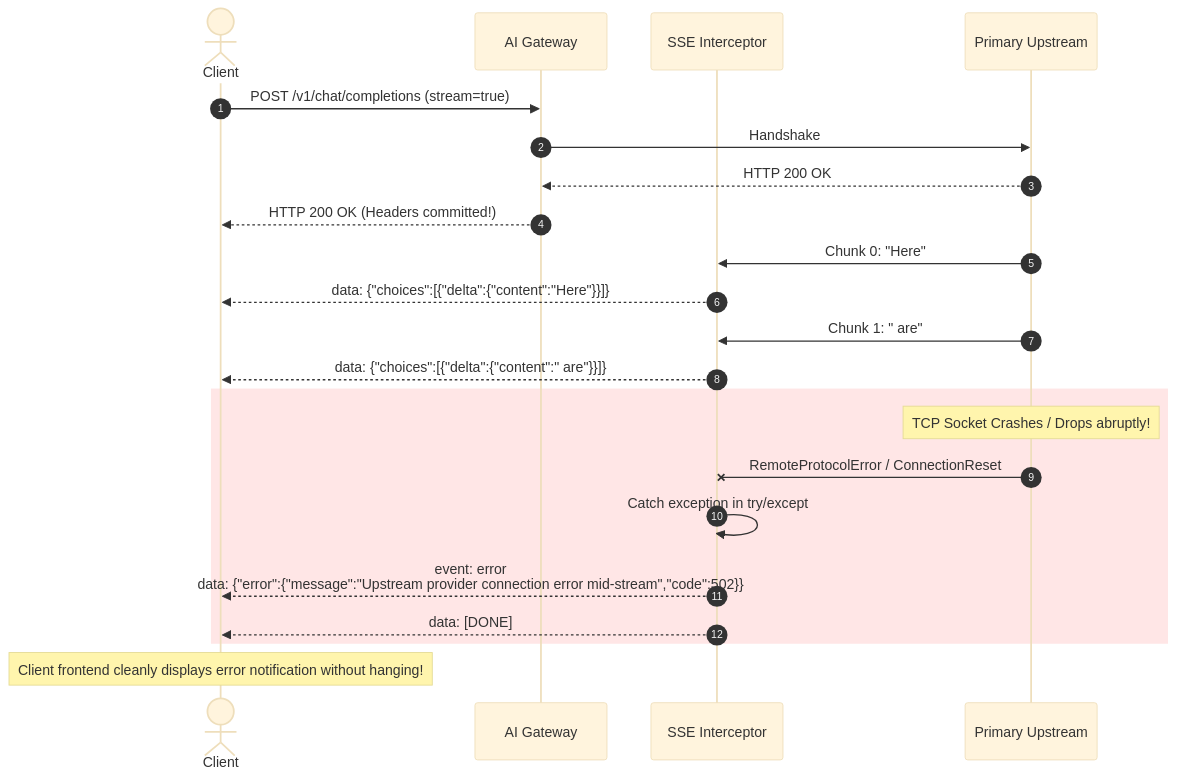
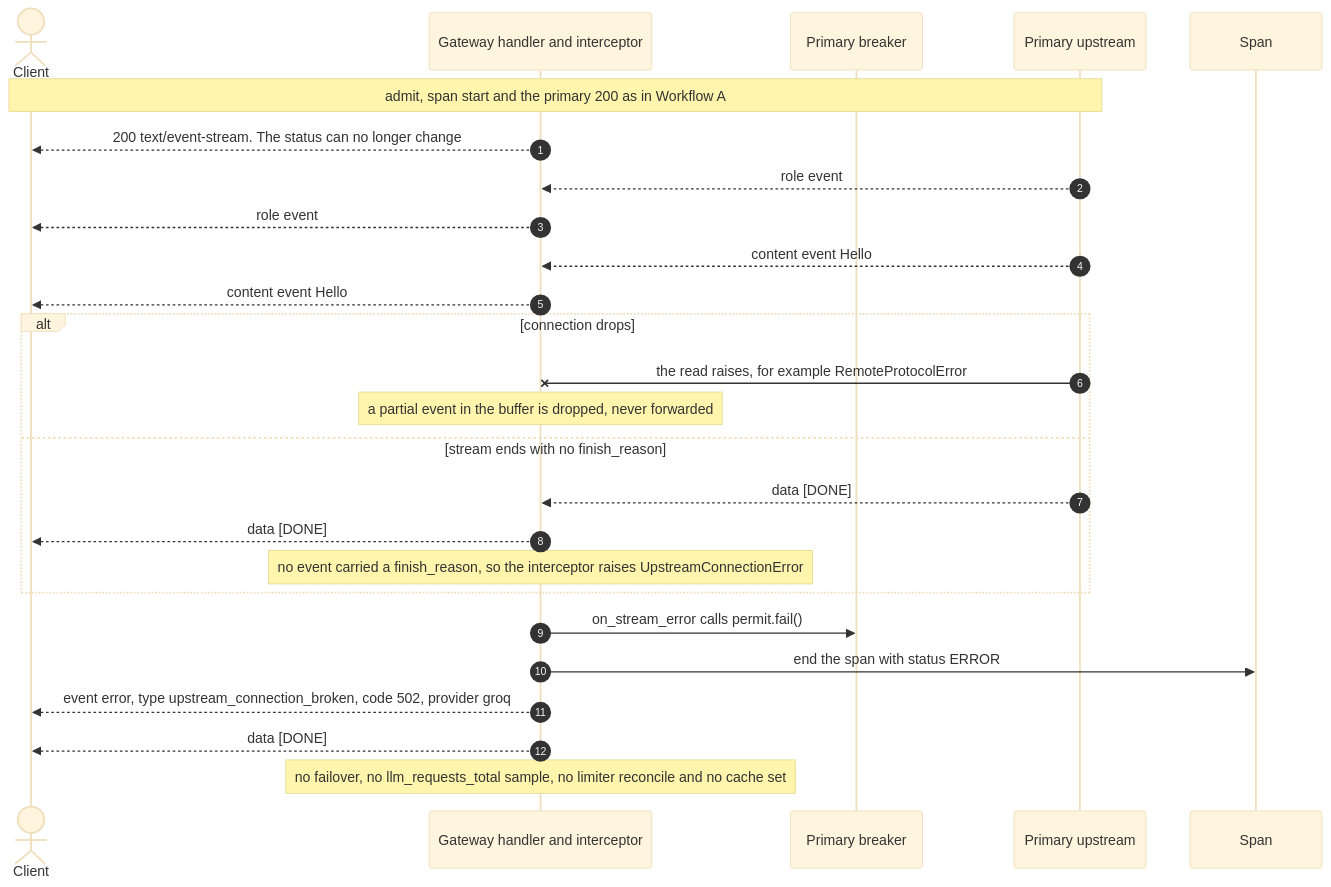
Before and after one commit to OmChauhan9/ai-gateway-streaming: the fifth of 6 diagrams in WORKFLOW_AND_LIFECYCLE.md, drawn with Mermaid (base theme). The commit also changed other lines of this file, not shown here.

First line of the commit message:
Rewrite WORKFLOW_AND_LIFECYCLE.md to match the code on main

````diff
--- a/WORKFLOW_AND_LIFECYCLE.md
+++ b/WORKFLOW_AND_LIFECYCLE.md
@@ -302,27 +377,29 @@
 ```mermaid
 sequenceDiagram
     autonumber
     actor Client
-    participant GW as AI Gateway
-    participant Interceptor as SSE Interceptor
-    participant Upstream as Primary Upstream
+    participant GW as Gateway handler and interceptor
+    participant PB as Primary breaker
+    participant Pri as Primary upstream
+    participant Tel as Span
 
-    Client->>GW: POST /v1/chat/completions (stream=true)
-    GW->>Upstream: Handshake
-    Upstream-->>GW: HTTP 200 OK
-    GW-->>Client: HTTP 200 OK (Headers committed!)
-
-    Upstream->>Interceptor: Chunk 0: "Here"
-    Interceptor-->>Client: data: {"choices":[{"delta":{"content":"Here"}}]}
-    Upstream->>Interceptor: Chunk 1: " are"
-    Interceptor-->>Client: data: {"choices":[{"delta":{"content":" are"}}]}
-
-    rect rgb(255, 230, 230)
-        note over Upstream: TCP Socket Crashes / Drops abruptly!
-        Upstream-xInterceptor: RemoteProtocolError / ConnectionReset
-        Interceptor->>Interceptor: Catch exception in try/except
-        Interceptor-->>Client: event: error<br/>data: {"error":{"message":"Upstream provider connection error mid-stream","code":502}}
-        Interceptor-->>Client: data: [DONE]
+    Note over Client,Pri: admit, span start and the primary 200 as in Workflow A
+    GW-->>Client: 200 text/event-stream. The status can no longer change
+    Pri-->>GW: role event
+    GW-->>Client: role event
+    Pri-->>GW: content event Hello
+    GW-->>Client: content event Hello
+    alt connection drops
+        Pri-xGW: the read raises, for example RemoteProtocolError
+        Note over GW: a partial event in the buffer is dropped, never forwarded
+    else stream ends with no finish_reason
+        Pri-->>GW: data [DONE]
+        GW-->>Client: data [DONE]
+        Note over GW: no event carried a finish_reason, so the interceptor raises UpstreamConnectionError
     end
-    note over Client: Client frontend cleanly displays error notification without hanging!
+    GW->>PB: on_stream_error calls permit.fail()
+    GW->>Tel: end the span with status ERROR
+    GW-->>Client: event error, type upstream_connection_broken, code 502, provider groq
+    GW-->>Client: data [DONE]
+    Note over GW: no failover, no llm_requests_total sample, no limiter reconcile and no cache set
 ```
````
